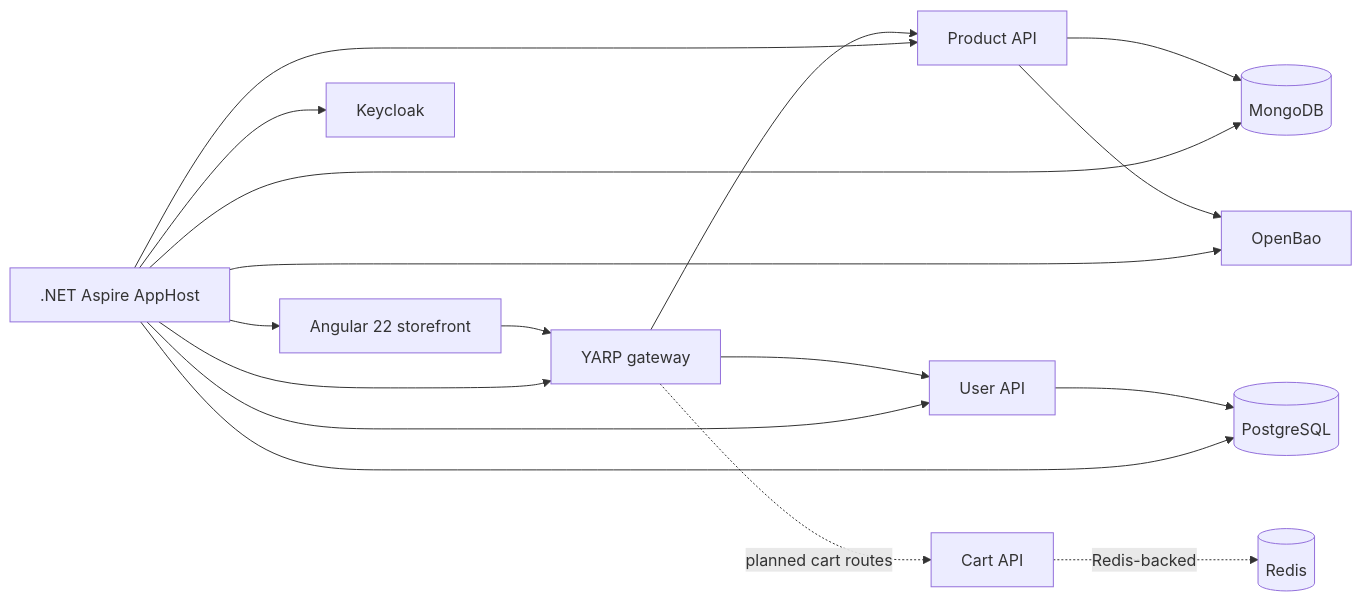
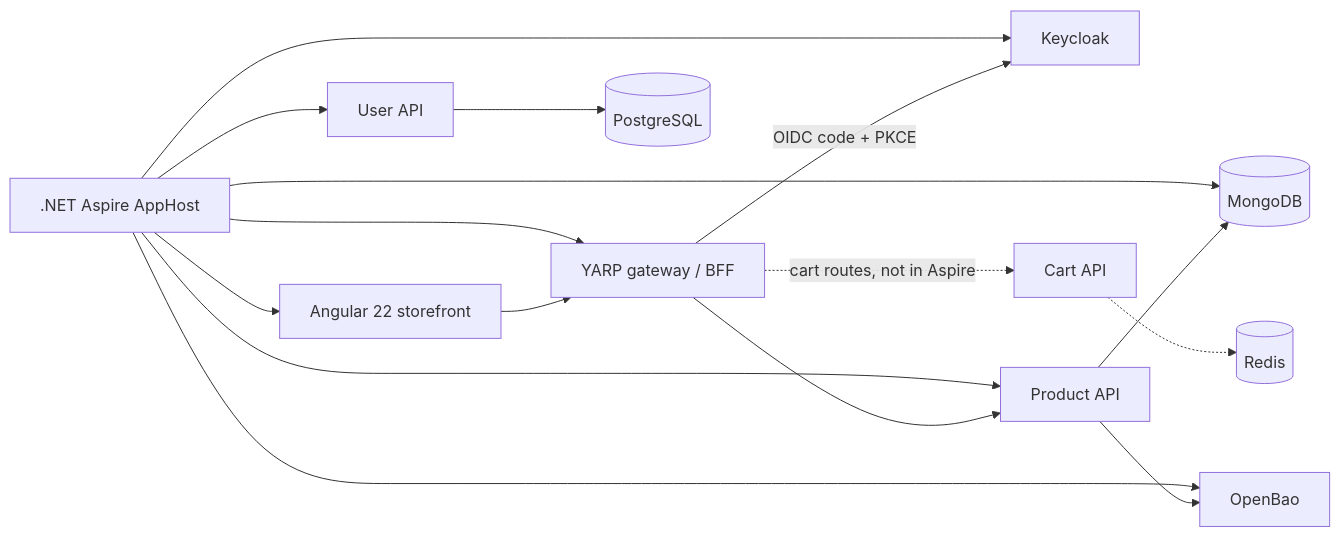
The diagram in README.md (HolyGeek404/HardwareNexus), drawn with Mermaid before and after one commit. The commit also changed other lines of this file, not shown here.

````diff
--- a/README.md
+++ b/README.md
@@ -18,21 +18,20 @@
 ```mermaid
 flowchart LR
-    Browser[Angular 22 storefront] --> Gateway[YARP gateway]
+    Browser[Angular 22 storefront] --> Gateway[YARP gateway / BFF]
+    Gateway -- OIDC code + PKCE --> Keycloak[Keycloak]
     Gateway --> Product[Product API]
-    Gateway --> User[User API]
-    Gateway -. planned cart routes .-> Cart[Cart API]
+    Gateway -. cart routes, not in Aspire .-> Cart[Cart API]
 
     Product --> Mongo[(MongoDB)]
     Product --> Bao[OpenBao]
-    User --> Postgres[(PostgreSQL)]
-    Cart -. Redis-backed .-> Redis[(Redis)]
+    User[User API] --> Postgres[(PostgreSQL)]
+    Cart -.-> Redis[(Redis)]
 
     Aspire[.NET Aspire AppHost] --> Browser
     Aspire --> Gateway
     Aspire --> Product
     Aspire --> User
     Aspire --> Mongo
     Aspire --> Bao
-    Aspire --> Postgres
-    Aspire --> Keycloak[Keycloak]
+    Aspire --> Keycloak
 ```
````
